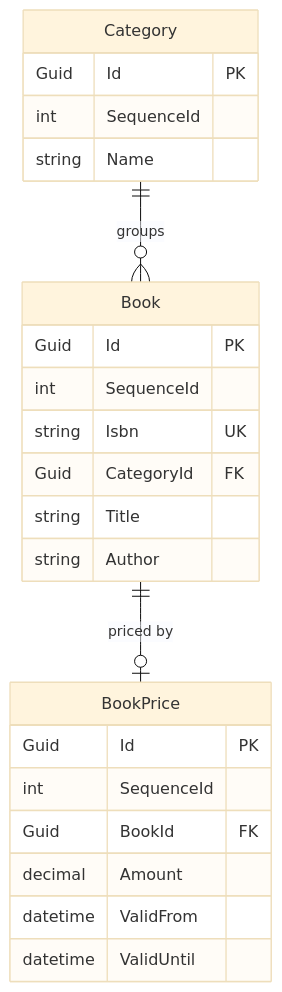
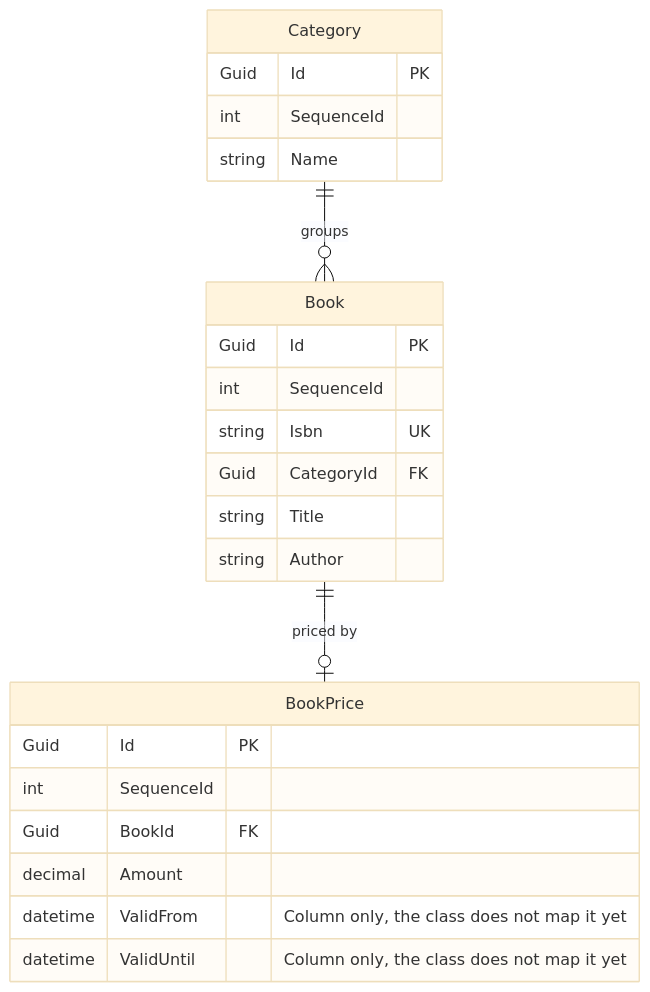
Before and after one commit to gmarginet/CleanArchitectureToolkit: the first of 3 diagrams in demo/README.md, drawn with Mermaid (base theme). The commit also changed other lines of this file, not shown here.

````diff
--- a/demo/README.md
+++ b/demo/README.md
@@ -524,27 +524,27 @@
 ```mermaid
 erDiagram
     Category ||--o{ Book : groups
     Book ||--o| BookPrice : "priced by"
 
     Category {
         Guid Id PK
         int SequenceId
         string Name
     }
     Book {
         Guid Id PK
         int SequenceId
         string Isbn UK
         Guid CategoryId FK
         string Title
         string Author
     }
     BookPrice {
         Guid Id PK
         int SequenceId
         Guid BookId FK
         decimal Amount
-        datetime ValidFrom
-        datetime ValidUntil
+        datetime ValidFrom "Column only, the class does not map it yet"
+        datetime ValidUntil "Column only, the class does not map it yet"
     }
 ```
````
